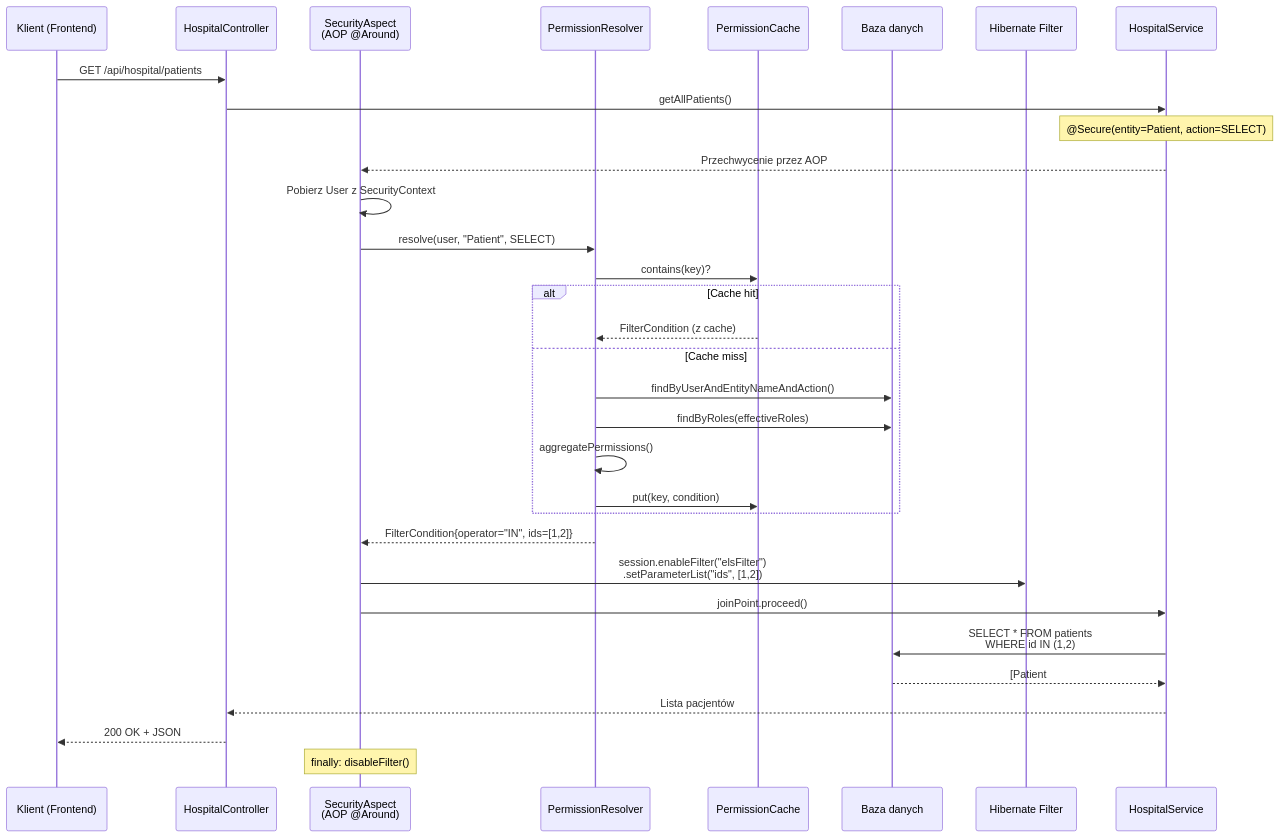
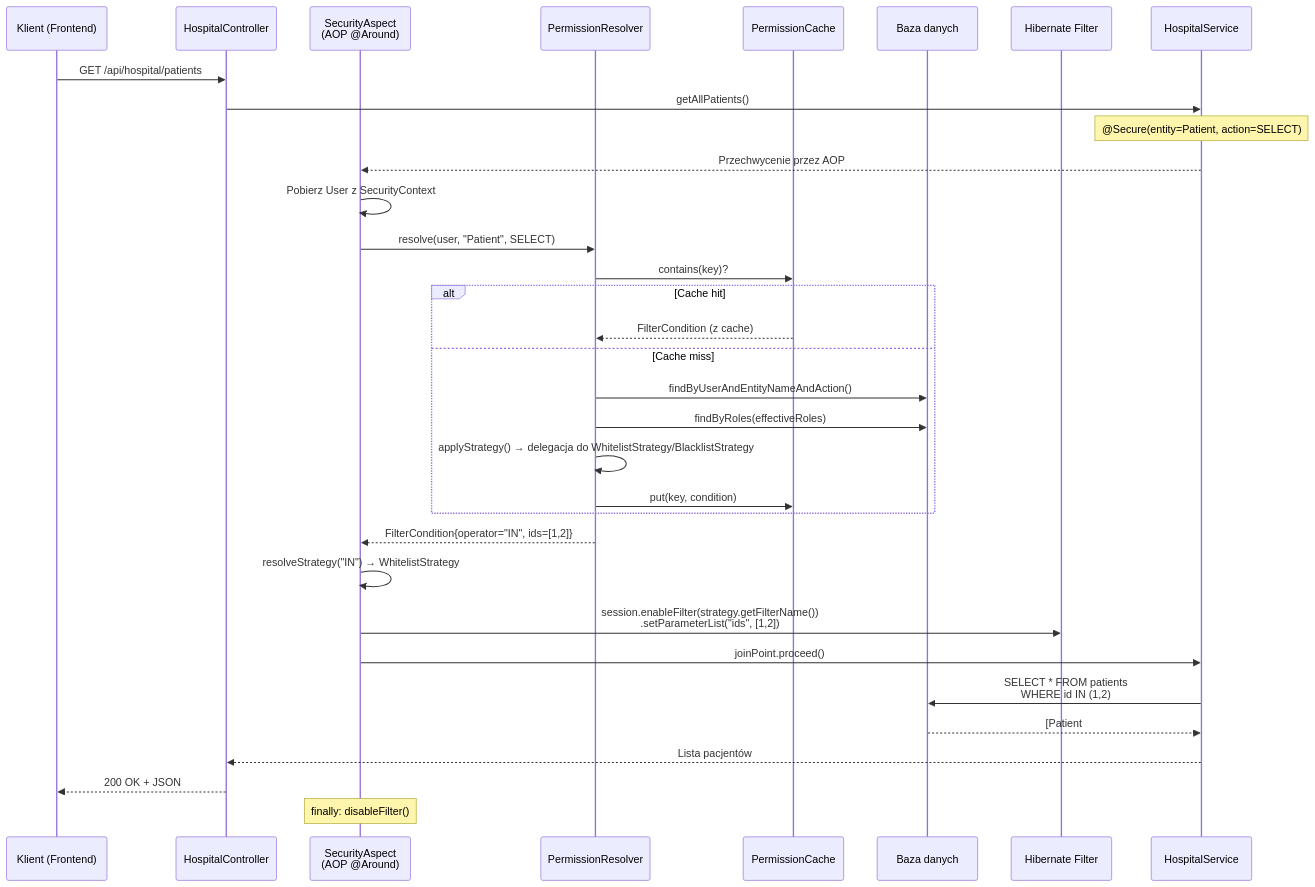
The third of 10 diagrams in README.md (BajorskiPatrick/EntityLevelSecurity), drawn with Mermaid before and after one commit. The commit also changed other lines of this file and 7 other files, not shown here.

````diff
--- a/README.md
+++ b/README.md
@@ -196,35 +196,36 @@
 ```mermaid
 sequenceDiagram
     participant Client as Klient (Frontend)
     participant Controller as HospitalController
     participant Aspect as SecurityAspect<br/>(AOP @Around)
     participant Resolver as PermissionResolver
     participant Cache as PermissionCache
     participant DB as Baza danych
     participant Filter as Hibernate Filter
     participant Service as HospitalService
 
     Client->>Controller: GET /api/hospital/patients
     Controller->>Service: getAllPatients()
     Note over Service: @Secure(entity=Patient, action=SELECT)
     Service-->>Aspect: Przechwycenie przez AOP
     Aspect->>Aspect: Pobierz User z SecurityContext
     Aspect->>Resolver: resolve(user, "Patient", SELECT)
     Resolver->>Cache: contains(key)?
     alt Cache hit
         Cache-->>Resolver: FilterCondition (z cache)
     else Cache miss
         Resolver->>DB: findByUserAndEntityNameAndAction()
         Resolver->>DB: findByRoles(effectiveRoles)
-        Resolver->>Resolver: aggregatePermissions()
+        Resolver->>Resolver: applyStrategy() → delegacja do WhitelistStrategy/BlacklistStrategy
         Resolver->>Cache: put(key, condition)
     end
     Resolver-->>Aspect: FilterCondition{operator="IN", ids=[1,2]}
-    Aspect->>Filter: session.enableFilter("elsFilter")<br/>.setParameterList("ids", [1,2])
+    Aspect->>Aspect: resolveStrategy("IN") → WhitelistStrategy
+    Aspect->>Filter: session.enableFilter(strategy.getFilterName())<br/>.setParameterList("ids", [1,2])
     Aspect->>Service: joinPoint.proceed()
     Service->>DB: SELECT * FROM patients<br/>WHERE id IN (1,2)
     DB-->>Service: [Patient#1, Patient#2]
     Service-->>Controller: Lista pacjentów
     Controller-->>Client: 200 OK + JSON
     Note over Aspect: finally: disableFilter()
 ```
````
